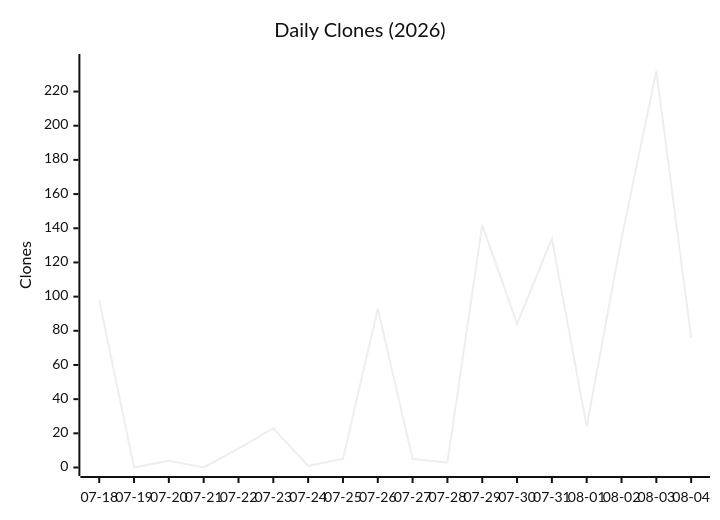
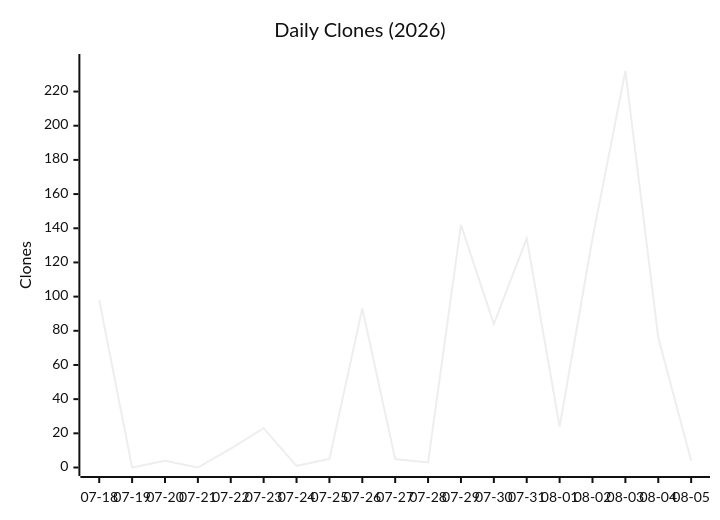
One commit to Architect-HA/Humai-Accord changed the first of 4 diagrams in data/TRAFFIC_REPORT.md. Above: the diagram before and after it, drawn with Mermaid (neutral theme). The commit also changed other lines of this file and 1 other file, not shown here.

````diff
--- a/data/TRAFFIC_REPORT.md
+++ b/data/TRAFFIC_REPORT.md
@@ -12,7 +12,7 @@
 ```mermaid
 xychart-beta
     title "Daily Clones (2026)"
-    x-axis ["07-18", "07-19", "07-20", "07-21", "07-22", "07-23", "07-24", "07-25", "07-26", "07-27", "07-28", "07-29", "07-30", "07-31", "08-01", "08-02", "08-03", "08-04"]
+    x-axis ["07-18", "07-19", "07-20", "07-21", "07-22", "07-23", "07-24", "07-25", "07-26", "07-27", "07-28", "07-29", "07-30", "07-31", "08-01", "08-02", "08-03", "08-04", "08-05"]
     y-axis "Clones" 0 --> 237
-    line [98, 0, 4, 0, 11, 23, 1, 5, 93, 5, 3, 142, 84, 134, 24, 134, 232, 76]
+    line [98, 0, 4, 0, 11, 23, 1, 5, 93, 5, 3, 142, 84, 134, 24, 134, 232, 76, 4]
 ```
````
